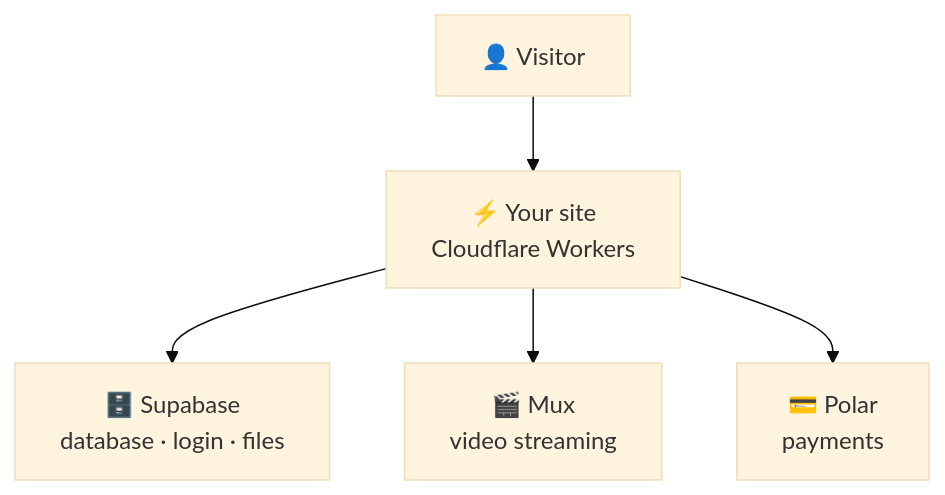
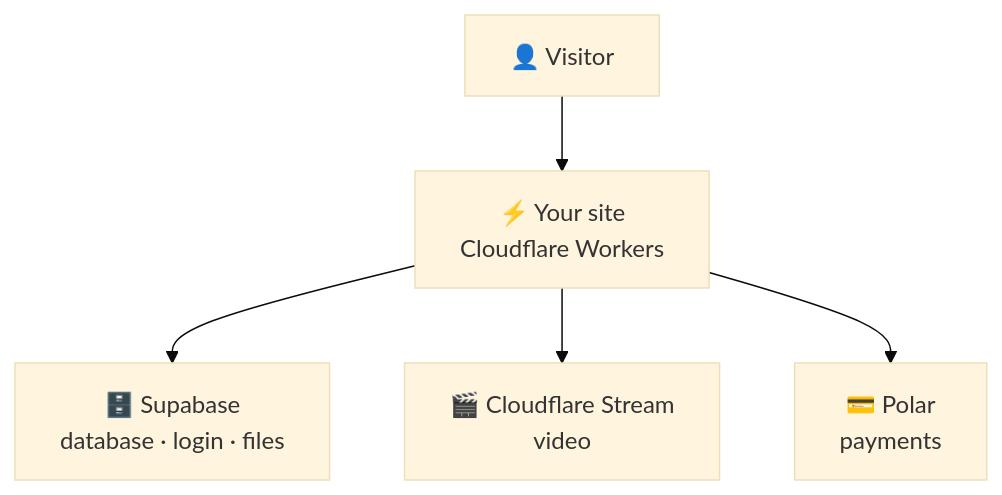
Before and after one commit to hazlijohar95/behind-the-agent: the second of 2 diagrams in README.md, drawn with Mermaid (base theme). The commit also changed other lines of this file and 37 other files, not shown here.

First line of the commit message:
Migrate video infrastructure from Mux to Cloudflare Stream

````diff
--- a/README.md
+++ b/README.md
@@ -71,7 +71,7 @@
 ```mermaid
 flowchart TD
   Visitor["👤 Visitor"] --> App["⚡ Your site<br/>Cloudflare Workers"]
   App --> Supabase["🗄️ Supabase<br/>database · login · files"]
-  App --> Mux["🎬 Mux<br/>video streaming"]
+  App --> Stream["🎬 Cloudflare Stream<br/>video"]
   App --> Polar["💳 Polar<br/>payments"]
 ```
````
